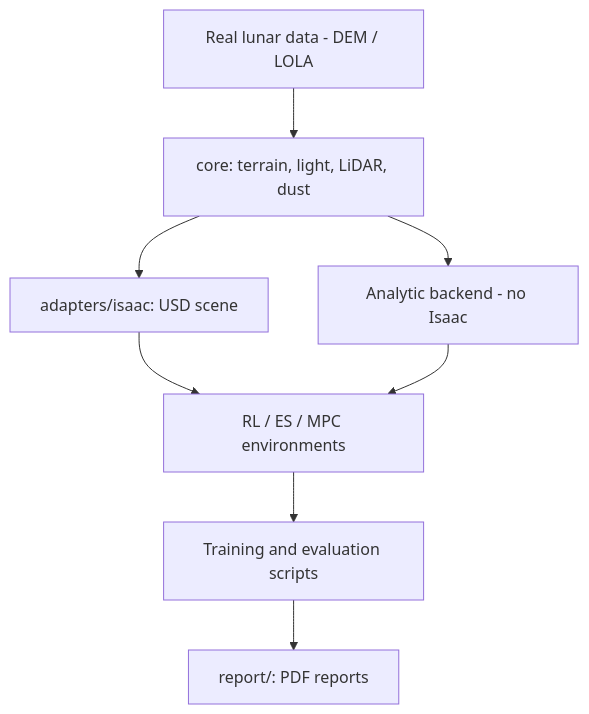
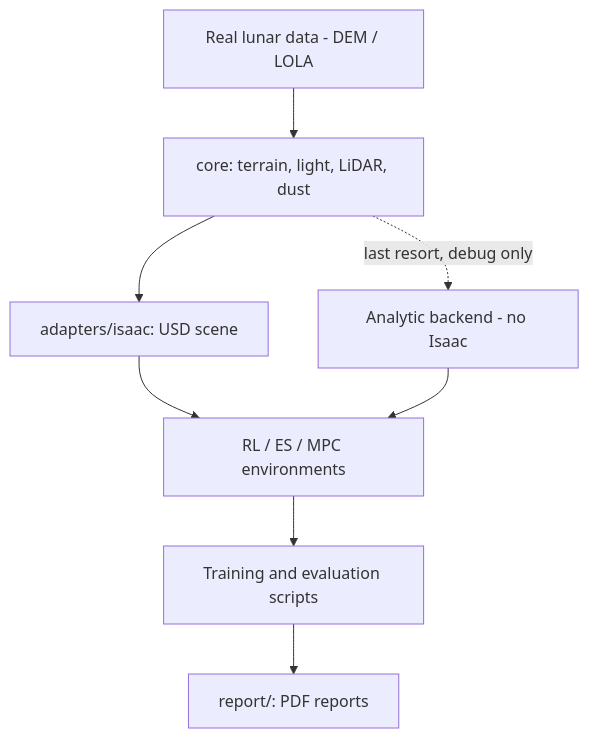
One commit to GulogluHaktan/LunarSim changed the diagram in README.md. Above: the diagram before and after it, drawn with Mermaid. The commit also changed other lines of this file and 29 other files, not shown here.

````diff
--- a/README.md
+++ b/README.md
@@ -30,10 +30,10 @@
 ```mermaid
 flowchart TD
   DATA["Real lunar data - DEM / LOLA"] --> CORE["core: terrain, light, LiDAR, dust"]
   CORE --> ISAAC["adapters/isaac: USD scene"]
-  CORE --> AN["Analytic backend - no Isaac"]
+  CORE -. "last resort, debug only" .-> AN["Analytic backend - no Isaac"]
   ISAAC --> ENVS["RL / ES / MPC environments"]
   AN --> ENVS
   ENVS --> RUN["Training and evaluation scripts"]
   RUN --> REP["report/: PDF reports"]
 ```
````
